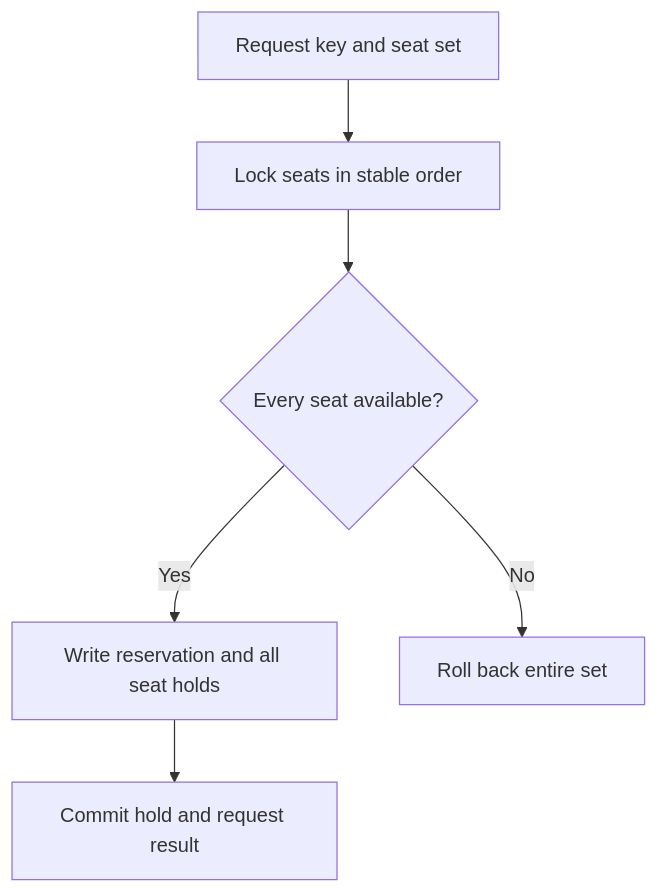
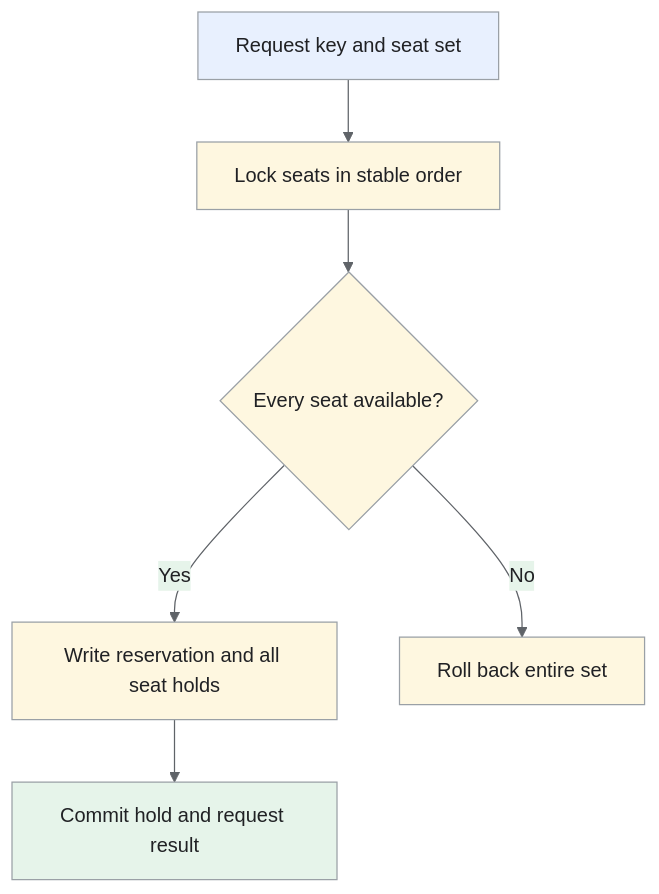
One commit to iliazlobin/iliazlobin.github.io changed the third of 3 diagrams in _designs/system-design-ticketmaster.md. Above: the diagram before and after it, drawn with Mermaid. The commit also changed other lines of this file and 25 other files, not shown here.

Commit message:
docs: explain Batch B design flows and tradeoffs

````diff
--- a/_designs/system-design-ticketmaster.md
+++ b/_designs/system-design-ticketmaster.md
@@ -240,8 +307,16 @@
 ```mermaid
+%%{init: {'theme':'base','themeVariables':{'primaryColor':'#e8f0fe','primaryTextColor':'#202124','primaryBorderColor':'#9aa0a6','lineColor':'#5f6368','secondaryColor':'#e6f4ea','tertiaryColor':'#fef7e0','actorBkg':'#e8f0fe','actorBorder':'#9aa0a6','actorTextColor':'#202124','noteBkgColor':'#fef7e0','noteTextColor':'#202124','noteBorderColor':'#9aa0a6','signalColor':'#5f6368','signalTextColor':'#202124','labelBoxBkgColor':'#fef7e0','labelBoxBorderColor':'#9aa0a6'}}}%%
 flowchart TB
   R["Request key and seat set"] --> L["Lock seats in stable order"]
   L --> C{"Every seat available?"}
   C -->|"Yes"| H["Write reservation and all seat holds"]
   H --> O["Commit hold and request result"]
   C -->|"No"| F["Roll back entire set"]
+classDef request fill:#e8f0fe,stroke:#9aa0a6,color:#202124;
+classDef data fill:#e6f4ea,stroke:#9aa0a6,color:#202124;
+classDef control fill:#fef7e0,stroke:#9aa0a6,color:#202124;
+class R request;
+class O data;
+class L,C,H,F control;
+
 ```
````
